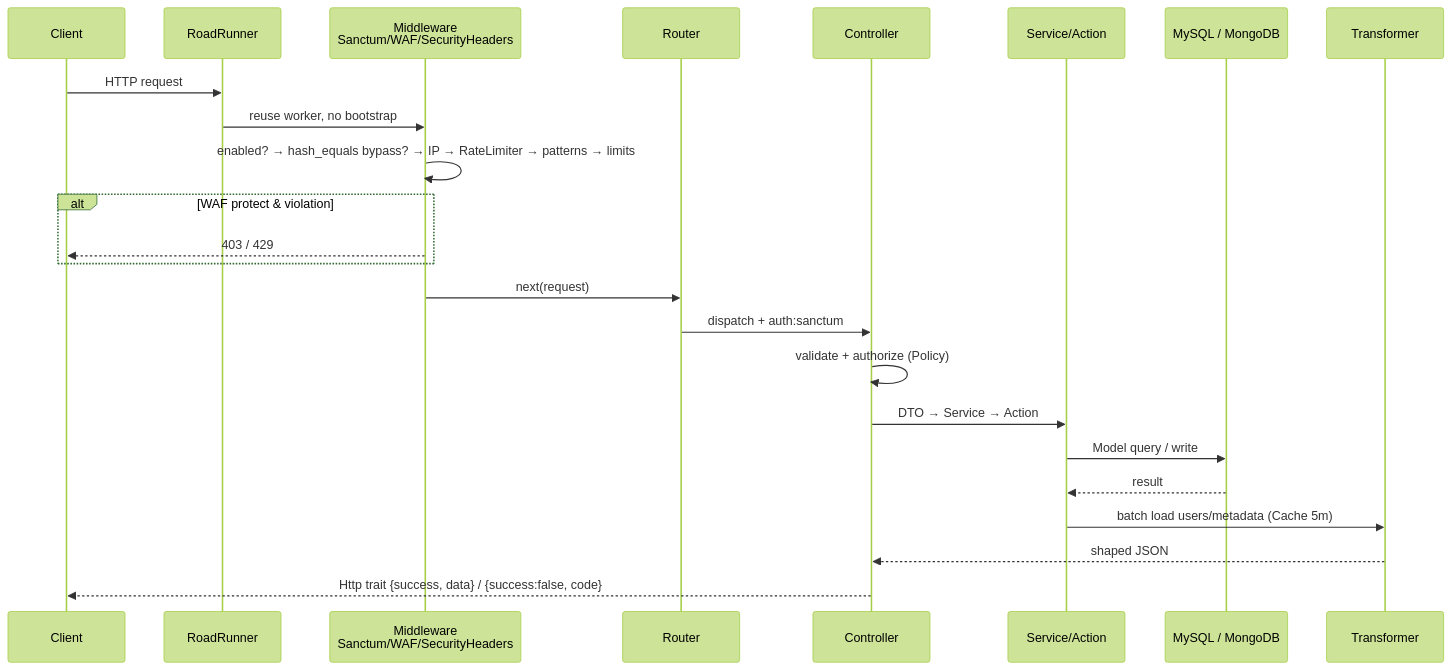
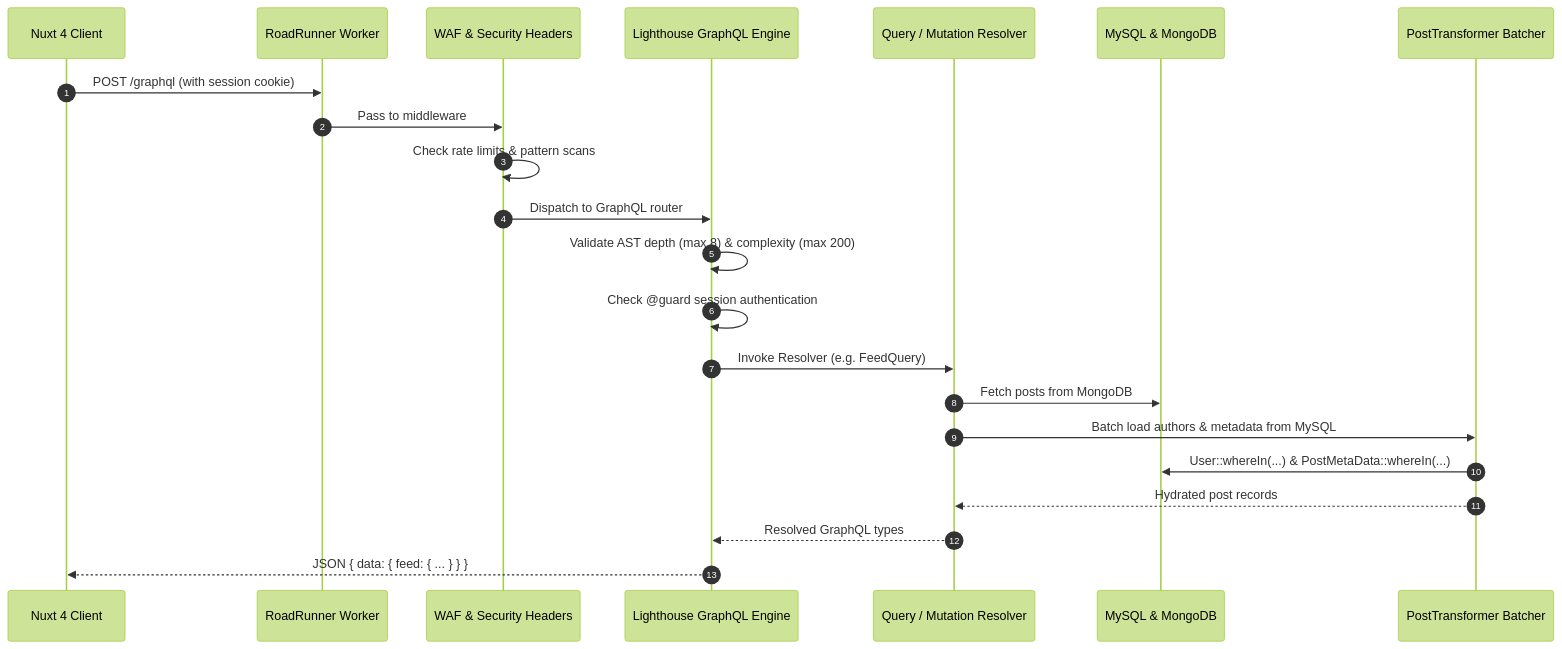
The third of 3 diagrams in docs/ARCHITECTURE.md (VenuxAK/Threads-API), drawn with Mermaid (forest theme) before and after one commit. The commit also changed other lines of this file and 5 other files, not shown here.

First line of the commit message:
docs: update API docs, ARCHITECTURE, and create comprehensive GraphQL handbook

````diff
--- a/docs/ARCHITECTURE.md
+++ b/docs/ARCHITECTURE.md
@@ -103,26 +110,25 @@
 ```mermaid
 sequenceDiagram
-    participant C as Client
-    participant RR as RoadRunner
-    participant MW as Middleware<br/>Sanctum/WAF/SecurityHeaders
-    participant R as Router
-    participant CT as Controller
-    participant SV as Service/Action
-    participant DB as MySQL / MongoDB
-    participant TF as Transformer
-    C->>RR: HTTP request
-    RR->>MW: reuse worker, no bootstrap
-    MW->>MW: enabled? → hash_equals bypass? → IP → RateLimiter → patterns → limits
-    alt WAF protect & violation
-        MW-->>C: 403 / 429
-    end
-    MW->>R: next(request)
-    R->>CT: dispatch + auth:sanctum
-    CT->>CT: validate + authorize (Policy)
-    CT->>SV: DTO → Service → Action
-    SV->>DB: Model query / write
-    DB-->>SV: result
-    SV->>TF: batch load users/metadata (Cache 5m)
-    TF-->>CT: shaped JSON
-    CT-->>C: Http trait {success, data} / {success:false, code}
+    autonumber
+    participant C as Nuxt 4 Client
+    participant RR as RoadRunner Worker
+    participant MW as WAF & Security Headers
+    participant GQL as Lighthouse GraphQL Engine
+    participant RES as Query / Mutation Resolver
+    participant DB as MySQL & MongoDB
+    participant TF as PostTransformer Batcher
+
+    C->>RR: POST /graphql (with session cookie)
+    RR->>MW: Pass to middleware
+    MW->>MW: Check rate limits & pattern scans
+    MW->>GQL: Dispatch to GraphQL router
+    GQL->>GQL: Validate AST depth (max 8) & complexity (max 200)
+    GQL->>GQL: Check @guard session authentication
+    GQL->>RES: Invoke Resolver (e.g. FeedQuery)
+    RES->>DB: Fetch posts from MongoDB
+    RES->>TF: Batch load authors & metadata from MySQL
+    TF->>DB: User::whereIn(...) & PostMetaData::whereIn(...)
+    TF-->>RES: Hydrated post records
+    RES-->>GQL: Resolved GraphQL types
+    GQL-->>C: JSON { data: { feed: { ... } } }
 ```
````
